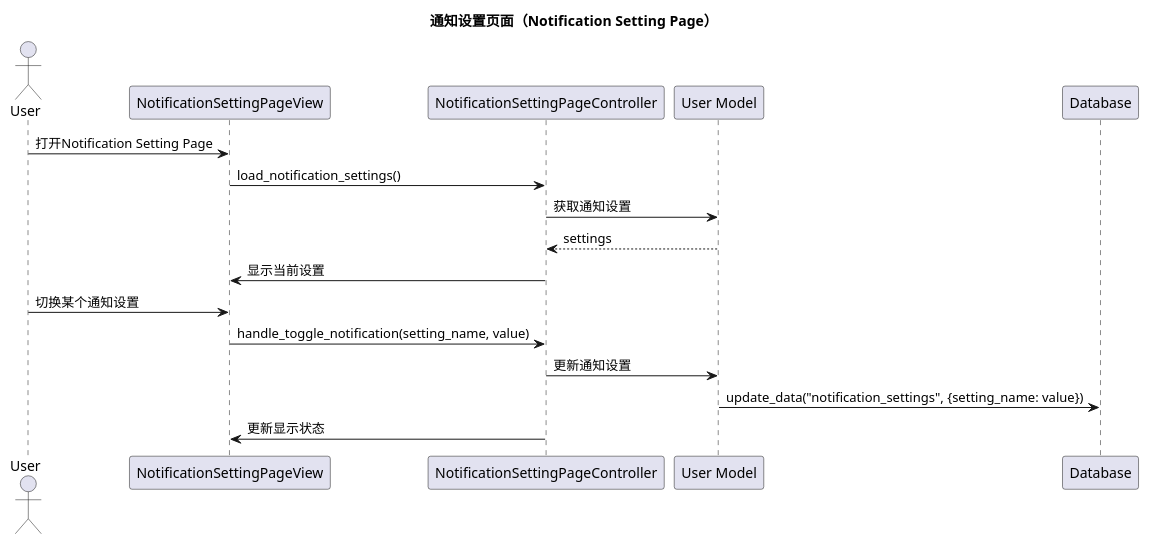
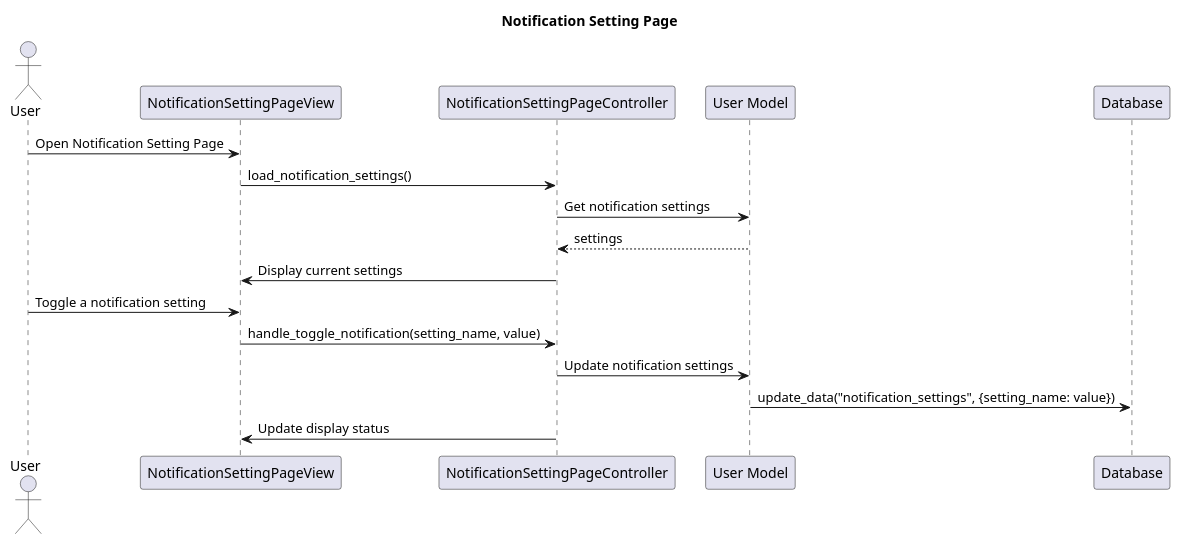
The ninth of 16 diagrams in planning/class_diagrams.md (violeteye1234/group23_COMPS350F), drawn with PlantUML before and after one commit. The commit also changed other lines of this file, not shown here.

````diff
--- a/planning/class_diagrams.md
+++ b/planning/class_diagrams.md
@@ -287,22 +287,22 @@
 ```plantuml
 @startuml
-title 通知设置页面（Notification Setting Page）
+title Notification Setting Page
 
 actor User
 participant "NotificationSettingPageView" as View
 participant "NotificationSettingPageController" as Controller
 participant "User Model" as UserModel
 participant "Database" as DB
 
-User -> View: 打开Notification Setting Page
+User -> View: Open Notification Setting Page
 View -> Controller: load_notification_settings()
-Controller -> UserModel: 获取通知设置
+Controller -> UserModel: Get notification settings
 UserModel --> Controller: settings
-Controller -> View: 显示当前设置
-User -> View: 切换某个通知设置
+Controller -> View: Display current settings
+User -> View: Toggle a notification setting
 View -> Controller: handle_toggle_notification(setting_name, value)
-Controller -> UserModel: 更新通知设置
+Controller -> UserModel: Update notification settings
 UserModel -> DB: update_data("notification_settings", {setting_name: value})
-Controller -> View: 更新显示状态
+Controller -> View: Update display status
 @enduml
 ```
````
